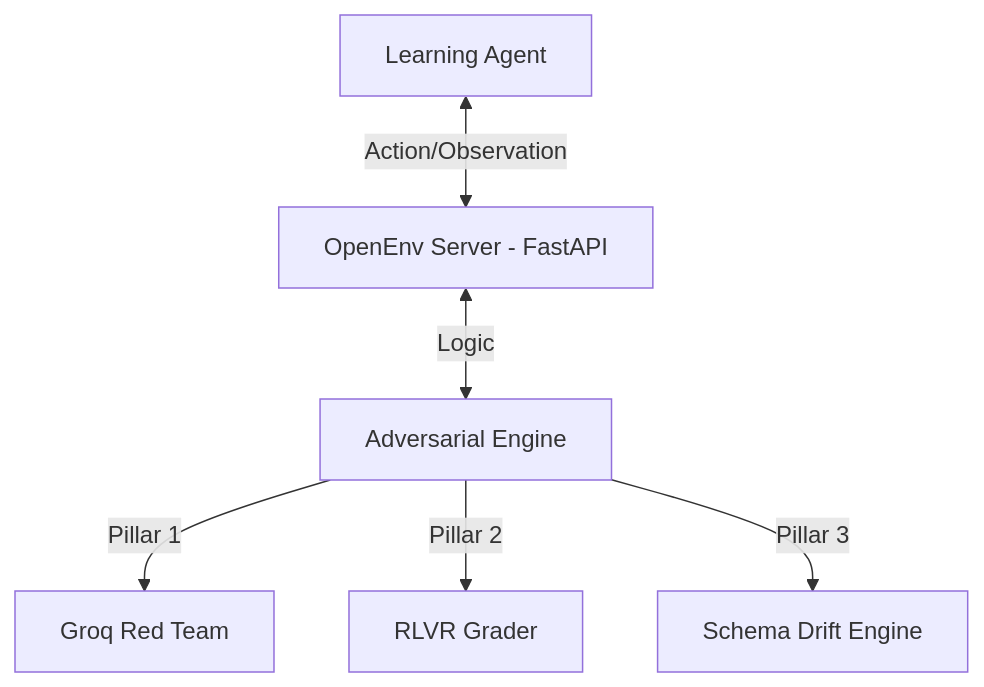
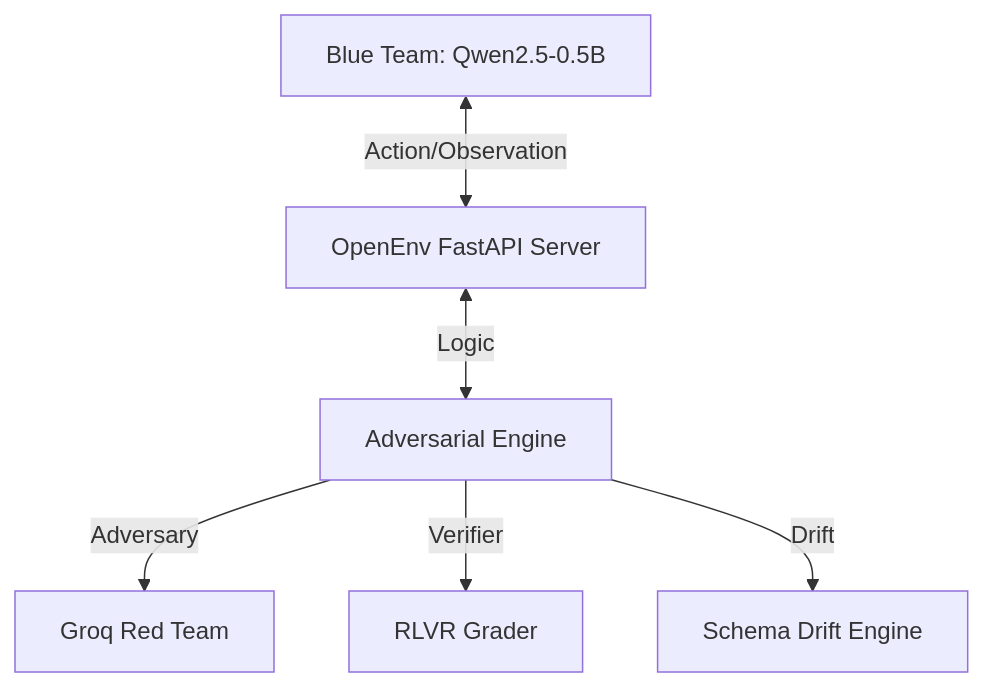
One commit to agp-369/infra-security-agent-workflow changed the diagram in README.md. Above: the diagram before and after it, drawn with Mermaid. The commit also changed other lines of this file and 12 other files, not shown here.

Commit message:
Finalist Rebirth: Full RL Benchmark transformation with Red Team and Multi-Step logic

````diff
--- a/README.md
+++ b/README.md
@@ -19,8 +16,8 @@
 ```mermaid
 graph TD
-    Agent[Learning Agent] <--> |Action/Observation| EnvServer[OpenEnv Server - FastAPI]
+    Agent[Blue Team: Qwen2.5-0.5B] <--> |Action/Observation| EnvServer[OpenEnv FastAPI Server]
     EnvServer <--> |Logic| SecurityLogEnv[Adversarial Engine]
-    SecurityLogEnv --> |Pillar 1| RedTeam[Groq Red Team]
-    SecurityLogEnv --> |Pillar 2| Grader[RLVR Grader]
-    SecurityLogEnv --> |Pillar 3| Drift[Schema Drift Engine]
+    SecurityLogEnv --> |Adversary| RedTeam[Groq Red Team]
+    SecurityLogEnv --> |Verifier| RLVR[RLVR Grader]
+    SecurityLogEnv --> |Drift| Drift[Schema Drift Engine]
 ```
````
